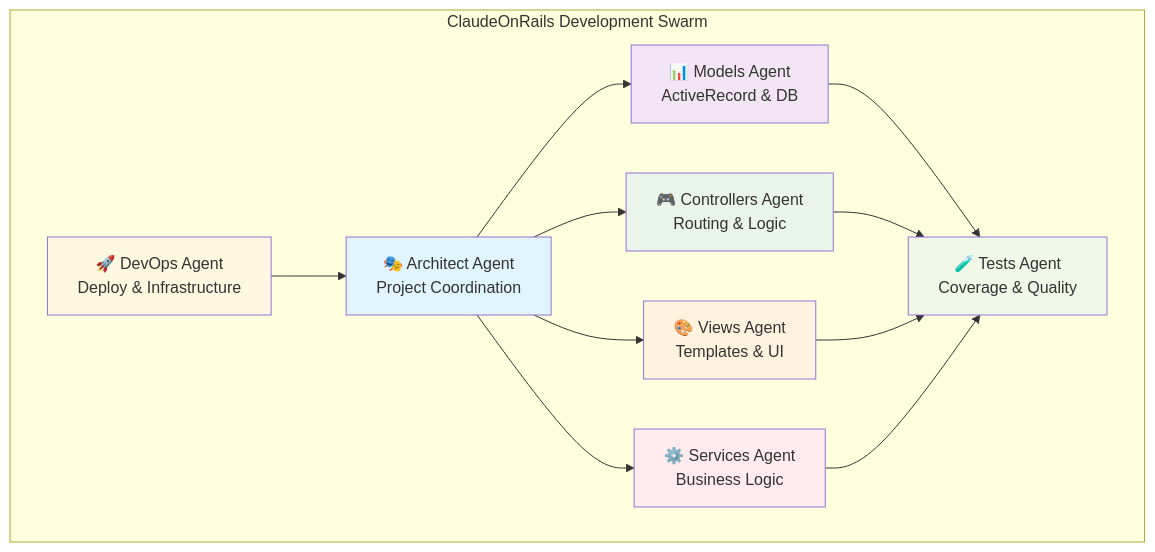
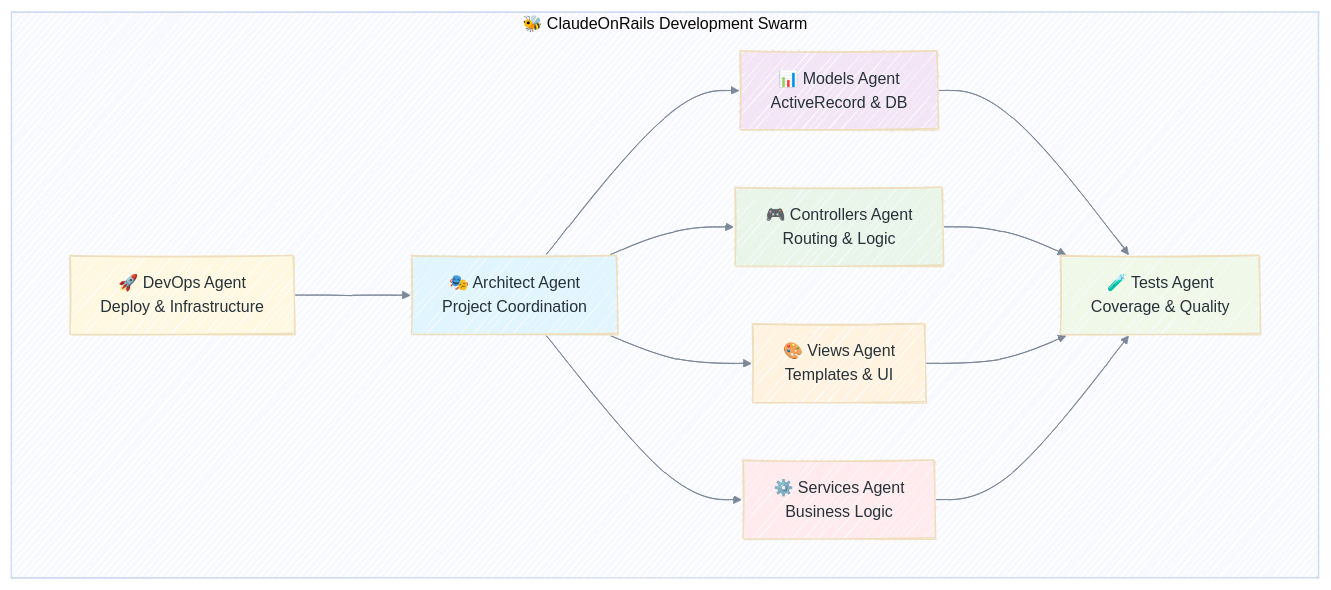
The first of 16 diagrams in _posts/2025-06-29-claudeonrails-ai-powered-rails-development-swarm.md (enogrob/enogrob.github.io), drawn with Mermaid before and after one commit. The commit also changed other lines of this file and 12 other files, not shown here.

````diff
--- a/_posts/2025-06-29-claudeonrails-ai-powered-rails-development-swarm.md
+++ b/_posts/2025-06-29-claudeonrails-ai-powered-rails-development-swarm.md
@@ -30,22 +30,23 @@
 ```mermaid!
-graph TB
-    subgraph "ClaudeOnRails Development Swarm"
+%%{init: {"theme": "base", "look": "handDrawn", "themeVariables": {"fontFamily": "ui-sans-serif, system-ui, sans-serif", "lineColor": "#7c8798", "primaryTextColor": "#263238"}, "flowchart": {"nodeSpacing": 55, "rankSpacing": 90}}}%%
+flowchart TB
+    subgraph Swarm["🐝 ClaudeOnRails Development Swarm"]
         A["🎭 Architect Agent<br/>Project Coordination"] --> B["📊 Models Agent<br/>ActiveRecord & DB"]
         A --> C["🎮 Controllers Agent<br/>Routing & Logic"]
         A --> D["🎨 Views Agent<br/>Templates & UI"]
         A --> E["⚙️ Services Agent<br/>Business Logic"]
         B --> F["🧪 Tests Agent<br/>Coverage & Quality"]
         C --> F
         D --> F
         E --> F
         G["🚀 DevOps Agent<br/>Deploy & Infrastructure"] --> A
     end
     
     style A fill:#e1f5fe
     style B fill:#f3e5f5
     style C fill:#e8f5e8
     style D fill:#fff3e0
     style E fill:#ffebee
     style F fill:#f0f8e8
     style G fill:#fff8e1
 ```
````
